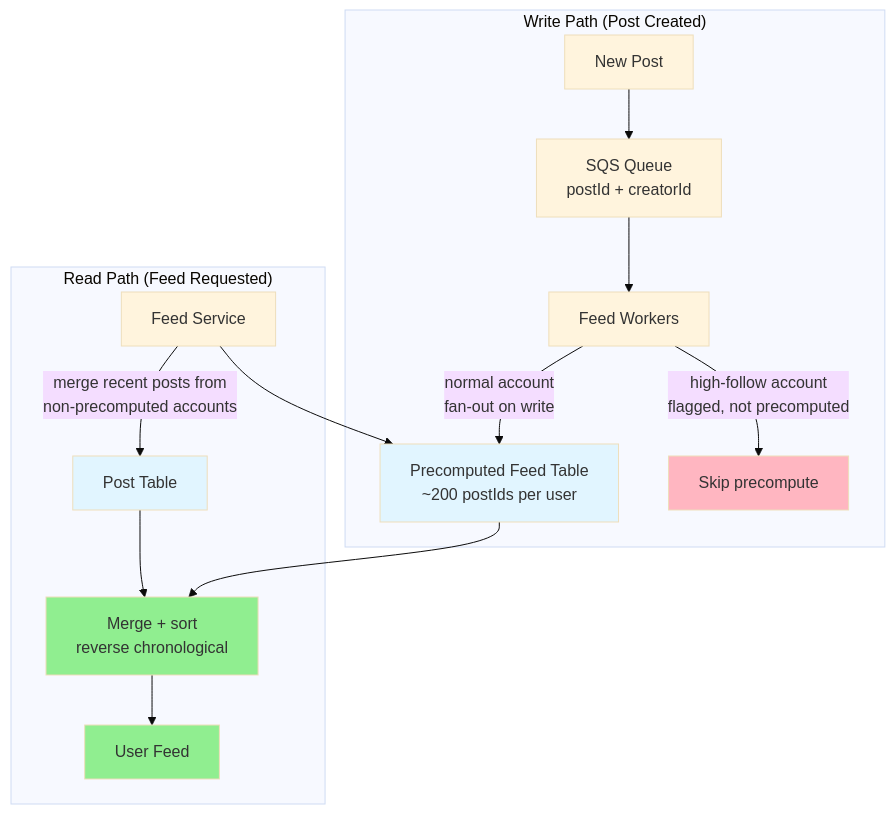
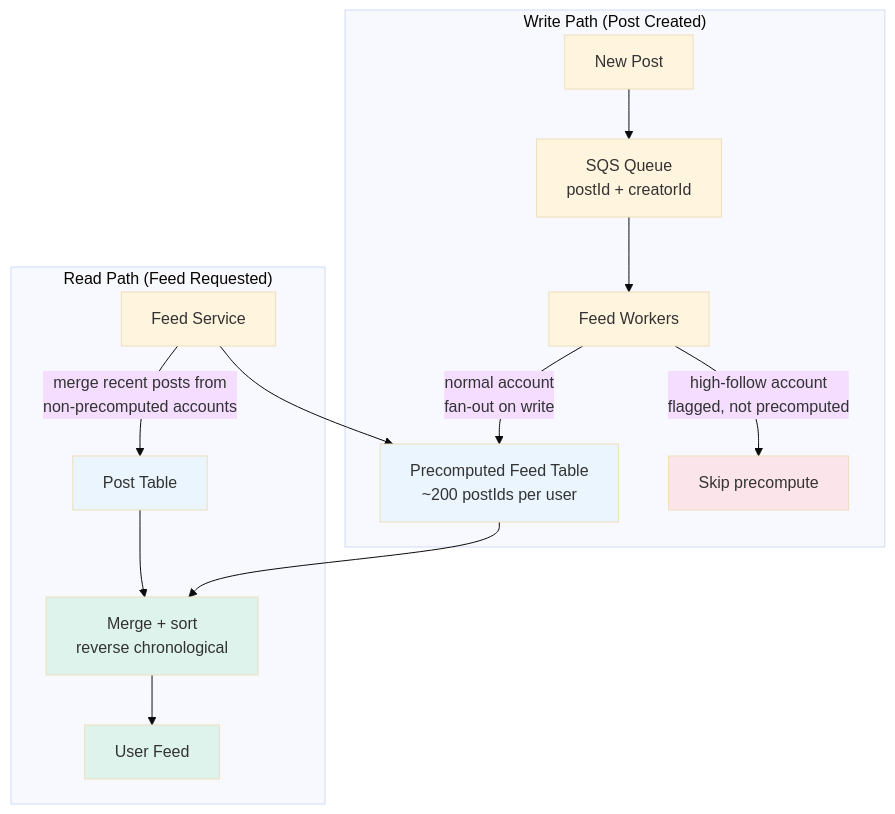
The diagram in LLD/SystemDesign/ProblemBreakdowns/FbNewsFeed.md (cartmancodes/InterviewVault), drawn with Mermaid (base theme) before and after one commit. The commit also changed 679 other files, not shown here.

Commit message:
Unify content diagrams and add accessible visual walkthroughs

````diff
--- a/LLD/SystemDesign/ProblemBreakdowns/FbNewsFeed.md
+++ b/LLD/SystemDesign/ProblemBreakdowns/FbNewsFeed.md
@@ -281,22 +281,22 @@
 ```mermaid
 graph TB
     subgraph "Write Path (Post Created)"
         NP["New Post"] --> Q["SQS Queue<br/>postId + creatorId"]
         Q --> W["Feed Workers"]
         W -->|"normal account<br/>fan-out on write"| PF["Precomputed Feed Table<br/>~200 postIds per user"]
         W -->|"high-follow account<br/>flagged, not precomputed"| SK["Skip precompute"]
     end
     subgraph "Read Path (Feed Requested)"
         FS["Feed Service"] --> PF
         FS -->|"merge recent posts from<br/>non-precomputed accounts"| PT["Post Table"]
         PF --> M["Merge + sort<br/>reverse chronological"]
         PT --> M
         M --> U["User Feed"]
     end
 
-    style PF fill:#e1f5ff
-    style PT fill:#e1f5ff
-    style SK fill:#FFB6C1
-    style M fill:#90EE90
-    style U fill:#90EE90
+    style PF fill:#EAF5FD
+    style PT fill:#EAF5FD
+    style SK fill:#FCE5EA
+    style M fill:#DDF3EC
+    style U fill:#DDF3EC
 ```
````
